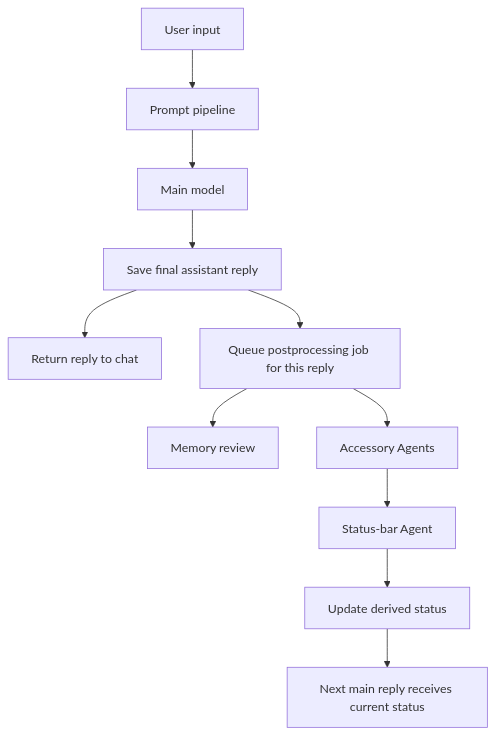
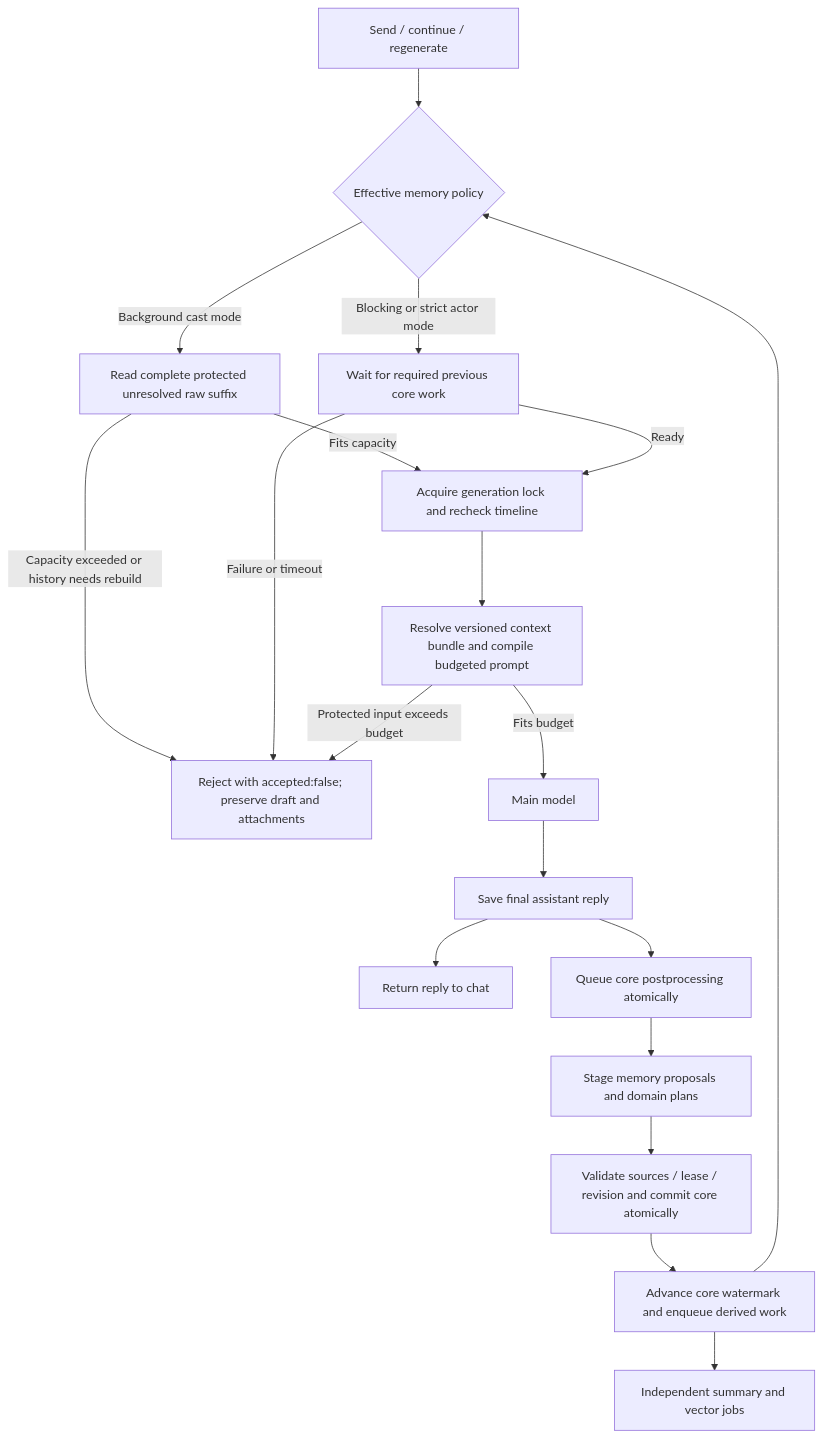
The diagram in docs/chat-agent-context.md (MrYu-JMComic/FLAI-TavernAI), drawn with Mermaid before and after one commit. The commit also changed other lines of this file and 249 other files, not shown here.

````diff
--- a/docs/chat-agent-context.md
+++ b/docs/chat-agent-context.md
@@ -5,13 +5,21 @@
 ```mermaid
 flowchart TD
-  A[User input] --> B[Prompt pipeline]
-  B --> C[Main model]
+  A[Send / continue / regenerate] --> B{Effective memory policy}
+  B -->|Background cast mode| H[Read complete protected unresolved raw suffix]
+  H -->|Capacity exceeded or history needs rebuild| R[Reject with accepted:false; preserve draft and attachments]
+  H -->|Fits capacity| L[Acquire generation lock and recheck timeline]
+  B -->|Blocking or strict actor mode| W[Wait for required previous core work]
+  W -->|Failure or timeout| R
+  W -->|Ready| L
+  L --> P[Resolve versioned context bundle and compile budgeted prompt]
+  P -->|Protected input exceeds budget| R
+  P -->|Fits budget| C[Main model]
   C --> D[Save final assistant reply]
   D --> E[Return reply to chat]
-  D --> F[Queue postprocessing job for this reply]
-  F --> G[Memory review]
-  F --> H[Accessory Agents]
-  H --> I[Status-bar Agent]
-  I --> J[Update derived status]
-  J --> K[Next main reply receives current status]
+  D --> F[Queue core postprocessing atomically]
+  F --> G[Stage memory proposals and domain plans]
+  G --> J[Validate sources / lease / revision and commit core atomically]
+  J --> K[Advance core watermark and enqueue derived work]
+  K --> S[Independent summary and vector jobs]
+  K --> B
 ```
````
